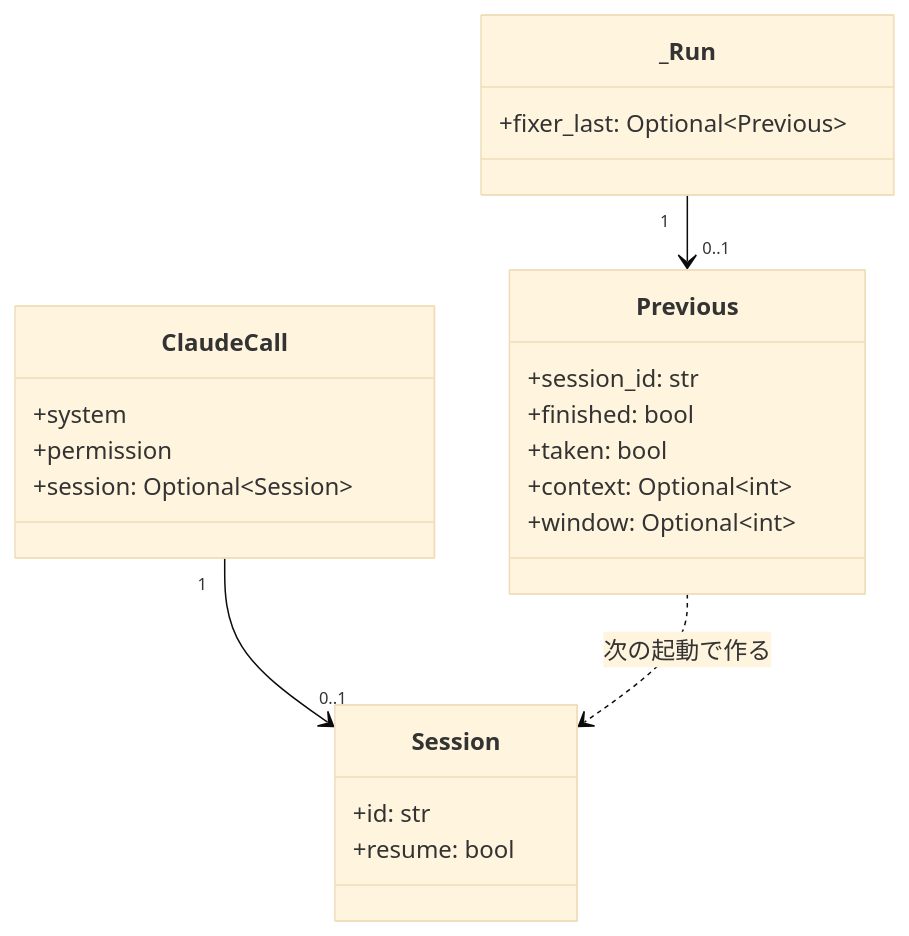
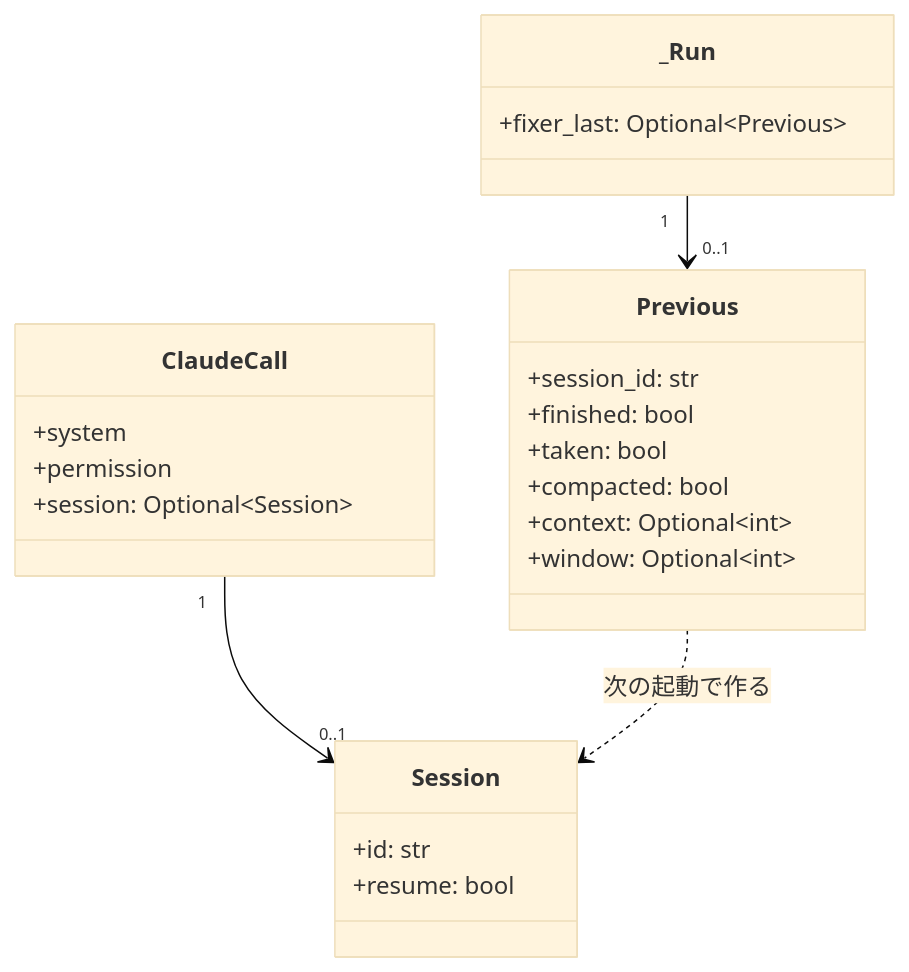
The third of 4 diagrams in issues/issue-4013-design.md (devbasex/ai-plugins), drawn with Mermaid (base theme) before and after one commit. The commit also changed other lines of this file and 1 other file, not shown here.

````diff
--- a/issues/issue-4013-design.md
+++ b/issues/issue-4013-design.md
@@ -76,25 +78,26 @@
 ```mermaid
 classDiagram
   class ClaudeCall {
     +system
     +permission
     +session: Optional~Session~
   }
   class Session {
     +id: str
     +resume: bool
   }
   class _Run {
     +fixer_last: Optional~Previous~
   }
   class Previous {
     +session_id: str
     +finished: bool
     +taken: bool
+    +compacted: bool
     +context: Optional~int~
     +window: Optional~int~
   }
   ClaudeCall "1" --> "0..1" Session
   _Run "1" --> "0..1" Previous
   Previous ..> Session : 次の起動で作る
 ```
````
